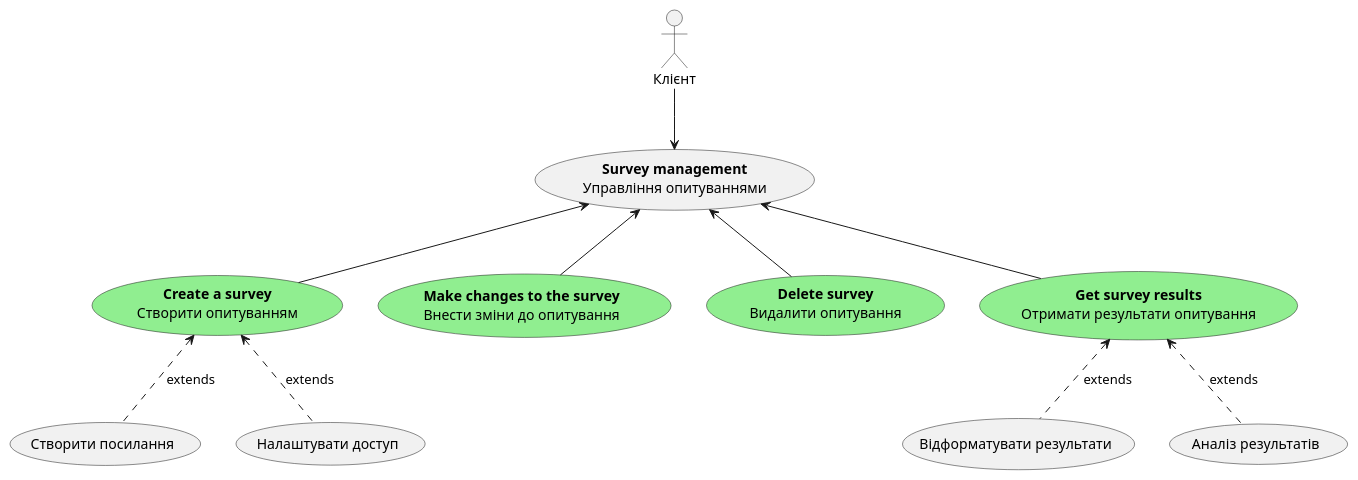
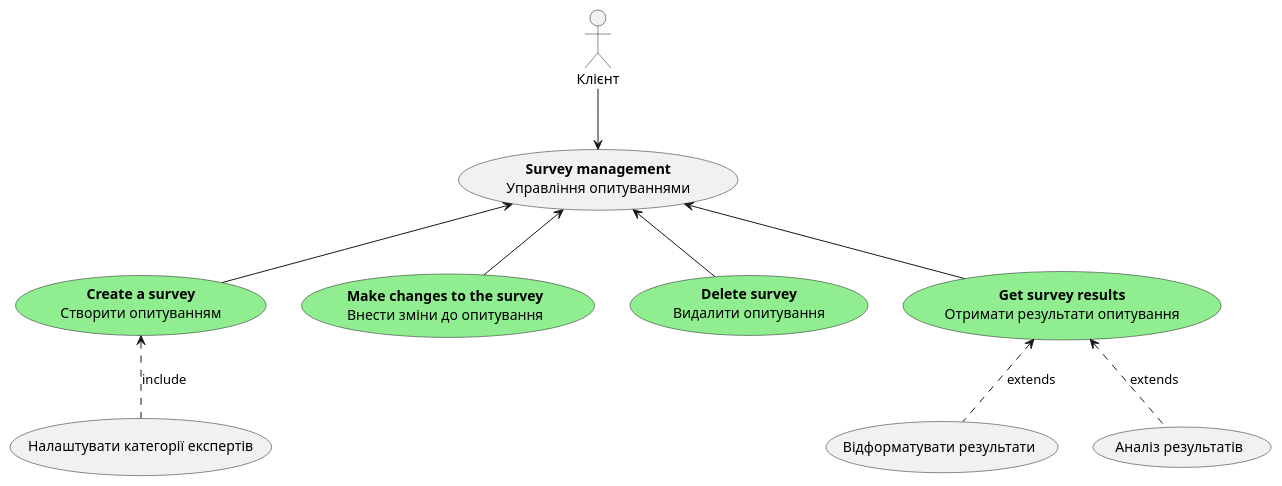
The fourth of 12 diagrams in docs/use cases/README.md (kujo205/db_labs), drawn with PlantUML before and after one commit. The commit also changed other lines of this file, not shown here.

```diff
--- a/docs/use cases/README.md
+++ b/docs/use cases/README.md
@@ -105,31 +105,29 @@
 @startuml
 
     skinparam noteFontColor white
 
     actor "Клієнт" as Client
 
     usecase "<b>Survey management</b>\nУправління опитуваннями" as SM
 
     usecase "<b>Create a survey</b>\nСтворити опитуванням" as CS #lightgreen
     usecase "<b>Make changes to the survey</b>\nВнести зміни до опитування" as MCS #lightgreen 
     usecase "<b>Delete survey</b>\nВидалити опитування" as DS #lightgreen
     usecase "<b>Get survey results</b>\nОтримати результати опитування" as GSR #lightgreen
 
     usecase "Відформатувати результати" as Form
     usecase "Аналіз результатів" as An
-    usecase "Створити посилання" as Link
-    usecase "Налаштувати доступ" as Acc
+    usecase "Налаштувати категорії експертів" as Acc
     
     Client -d-> SM
 
     SM <-d- CS 
     SM <-d- MCS 
     SM <-d- DS 
     SM <-d- GSR
 
-    CS <.d. Link:extends
-    CS <.d. Acc:extends
+    CS <.d. Acc:include
     GSR <.d. Form:extends
     GSR <.d. An:extends
 
 @enduml
```
